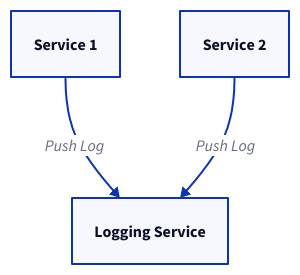
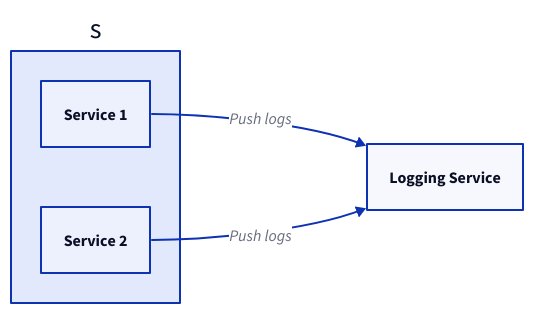
The fourth of 8 diagrams in content/docs/system-administration/system-monitoring/_index.md (link1905/system-design-101), drawn with D2 before and after one commit. The commit also changed other lines of this file and 21 other files, not shown here.

````diff
--- a/content/docs/system-administration/system-monitoring/_index.md
+++ b/content/docs/system-administration/system-monitoring/_index.md
@@ -105,13 +117,17 @@
 ```d2
-l: Logging Service {
-  class: monitor
+direction: right
+s {
+  class: none
+  s1: Service 1 {
+      class: server
+  }
+  s2: Service 2 {
+      class: server
+  }
 }
-s1: Service 1 {
-  class: server
+m: Logging Service {
+    class: monitor
 }
-s2: Service 2 {
-  class: server
-}
-s1 -> l: Push Log
-s2 -> l: Push Log
+s.s1 -> m: Push logs
+s.s2 -> m: Push logs
 ```
````
